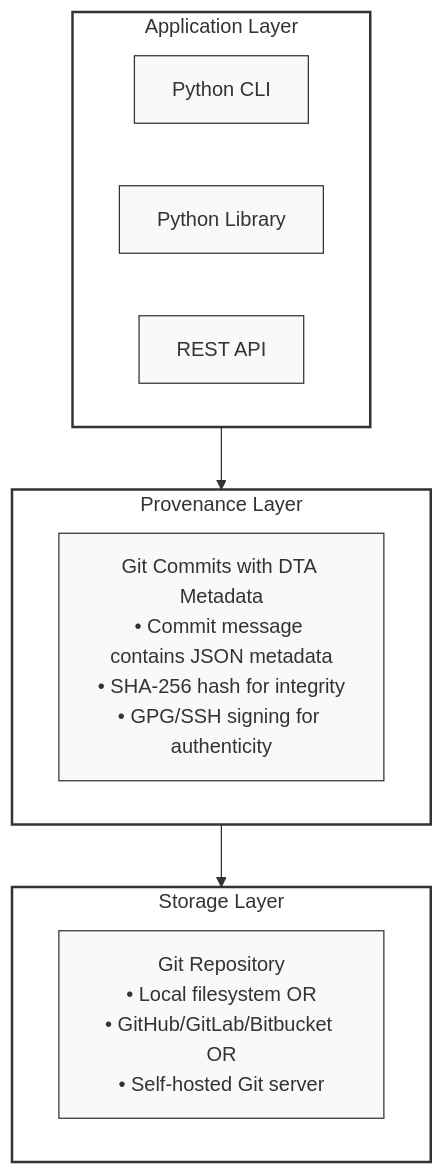
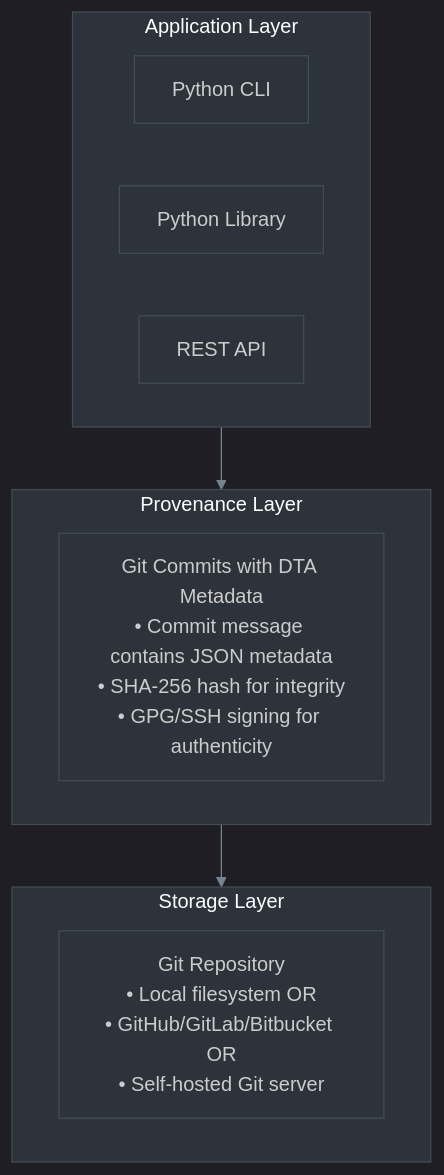
Before and after one commit to Ricoledan/dta-provenance-demo: the first of 2 diagrams in docs/COMPARISON.md, drawn with Mermaid. The commit also changed other lines of this file and 1 other file, not shown here.

First line of the commit message:
Update Mermaid diagrams to dark theme

````diff
--- a/docs/COMPARISON.md
+++ b/docs/COMPARISON.md
@@ -45,28 +45,21 @@
 ```mermaid
+%%{init: {"theme":"dark","themeVariables":{"darkMode":true,"background":"#0d1117","primaryColor":"#2d333b","primaryTextColor":"#e6edf3","primaryBorderColor":"#444c56","lineColor":"#768390","secondaryColor":"#1c2128","tertiaryColor":"#22272e","clusterBkg":"#2d333b","clusterBorder":"#444c56","nodeTextColor":"#e6edf3","mainBkg":"#2d333b","secondBkg":"#22272e","edgeLabelBackground":"#2d333b","nodeBorder":"#444c56"}}}%%
 graph TB
     subgraph AppLayer["Application Layer"]
         CLI["Python CLI"]
         Lib["Python Library"]
         API["REST API"]
     end
 
     subgraph ProvLayer["Provenance Layer"]
         GitCommit["Git Commits with DTA Metadata<br/>• Commit message contains JSON metadata<br/>• SHA-256 hash for integrity<br/>• GPG/SSH signing for authenticity"]
     end
 
     subgraph StorageLayer["Storage Layer"]
         GitRepo["Git Repository<br/>• Local filesystem OR<br/>• GitHub/GitLab/Bitbucket OR<br/>• Self-hosted Git server"]
     end
 
     AppLayer --> ProvLayer
     ProvLayer --> StorageLayer
 
-    style AppLayer fill:#fff,stroke:#333,stroke-width:2px
-    style ProvLayer fill:#fff,stroke:#333,stroke-width:2px
-    style StorageLayer fill:#fff,stroke:#333,stroke-width:2px
-    style CLI fill:#f9f9f9,stroke:#333,stroke-width:1px
-    style Lib fill:#f9f9f9,stroke:#333,stroke-width:1px
-    style API fill:#f9f9f9,stroke:#333,stroke-width:1px
-    style GitCommit fill:#f9f9f9,stroke:#333,stroke-width:1px
-    style GitRepo fill:#f9f9f9,stroke:#333,stroke-width:1px
 ```
````
